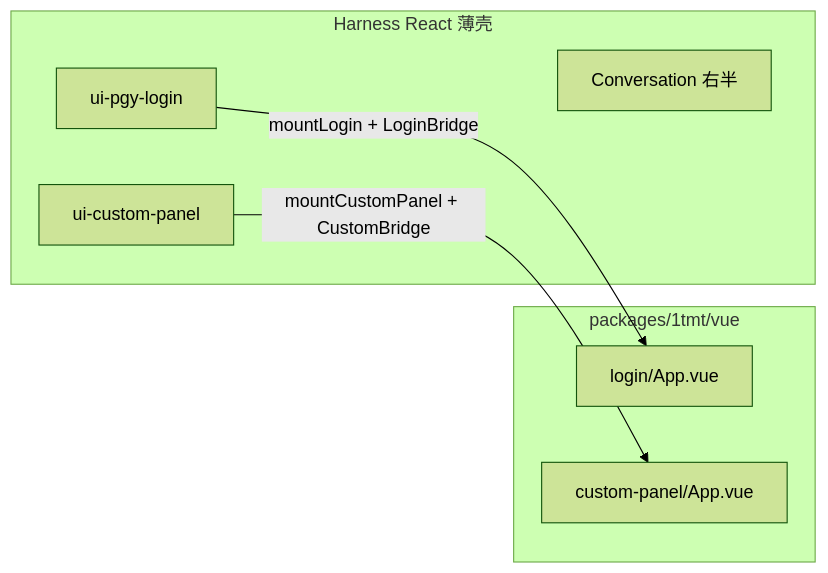
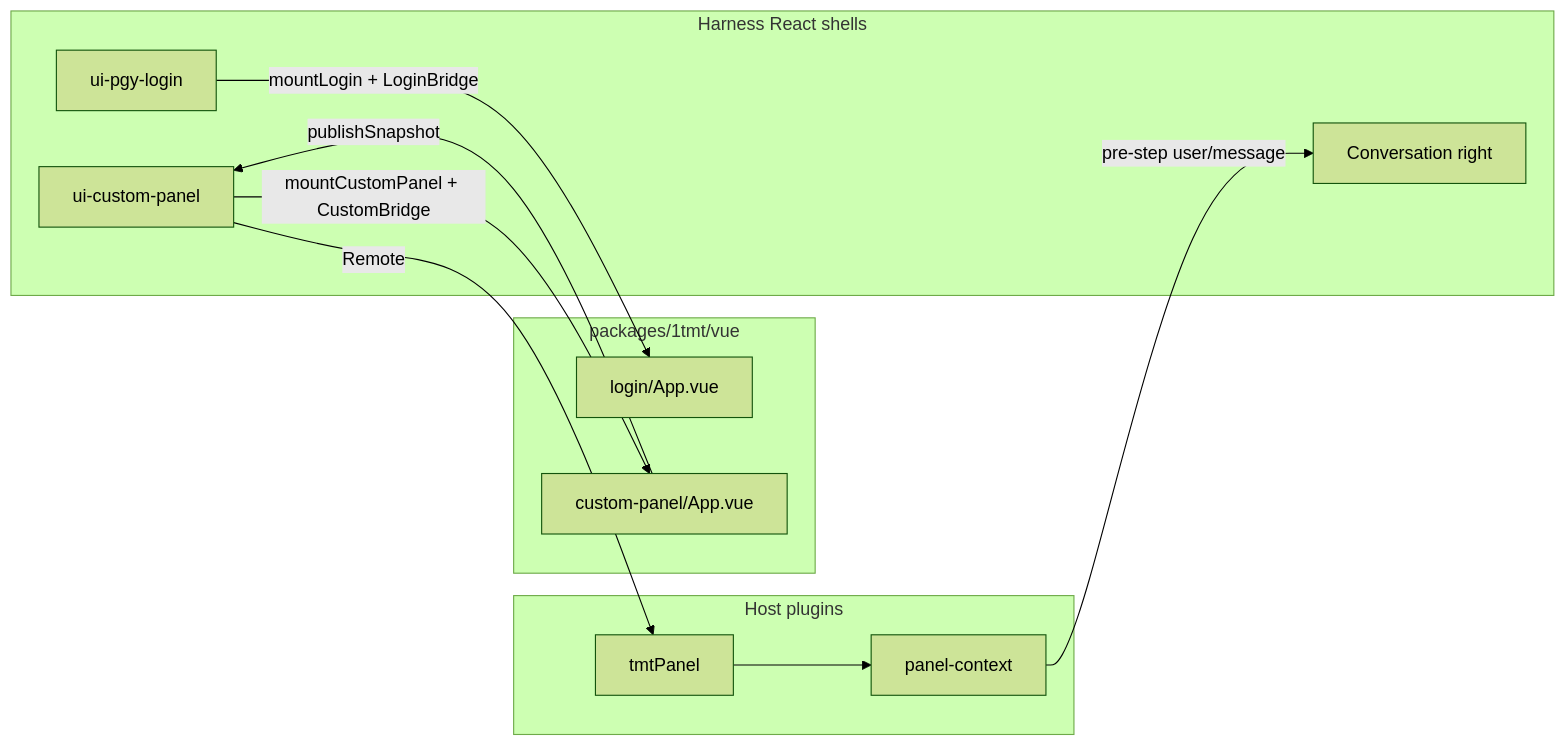
One commit to 1TonMilkTea/deepseek-harness changed the second of 2 diagrams in docs/1tmt/README.md. Above: the diagram before and after it, drawn with Mermaid (forest theme). The commit also changed other lines of this file and 71 other files, not shown here.

First line of the commit message:
1tmt: custom-panel snapshot plugins and bilingual developer docs

````diff
--- a/docs/1tmt/README.md
+++ b/docs/1tmt/README.md
@@ -38,15 +212,22 @@
 ```mermaid
 flowchart LR
-  subgraph react [Harness React 薄壳]
+  subgraph react [Harness React shells]
     pgyHost[ui-pgy-login]
     customHost[ui-custom-panel]
-    conv[Conversation 右半]
+    conv[Conversation right]
   end
   subgraph vue [packages/1tmt/vue]
     loginApp[login/App.vue]
     customApp[custom-panel/App.vue]
   end
+  subgraph host [Host plugins]
+    panel[tmtPanel]
+    ctxPlugin[panel-context]
+  end
   pgyHost -->|mountLogin + LoginBridge| loginApp
   customHost -->|mountCustomPanel + CustomBridge| customApp
-  react --> conv
+  customApp -->|publishSnapshot| customHost
+  customHost -->|Remote| panel
+  panel --> ctxPlugin
+  ctxPlugin -->|pre-step user/message| conv
 ```
````
